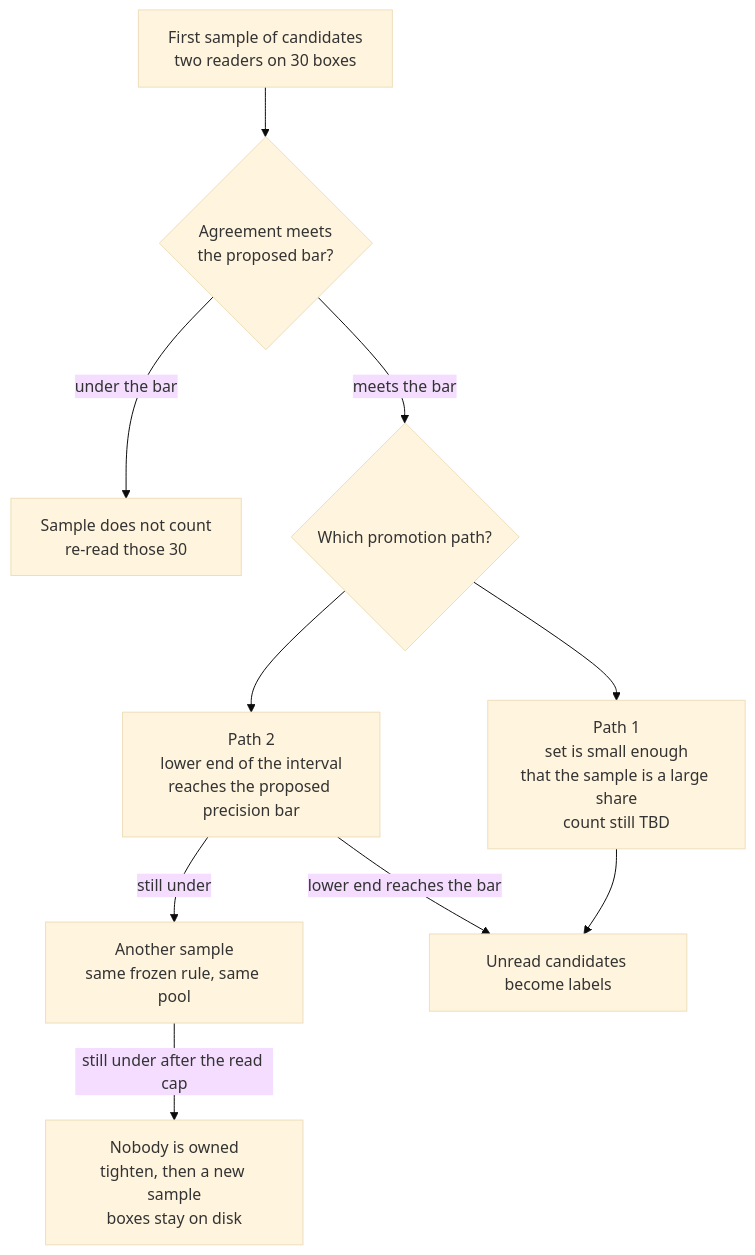
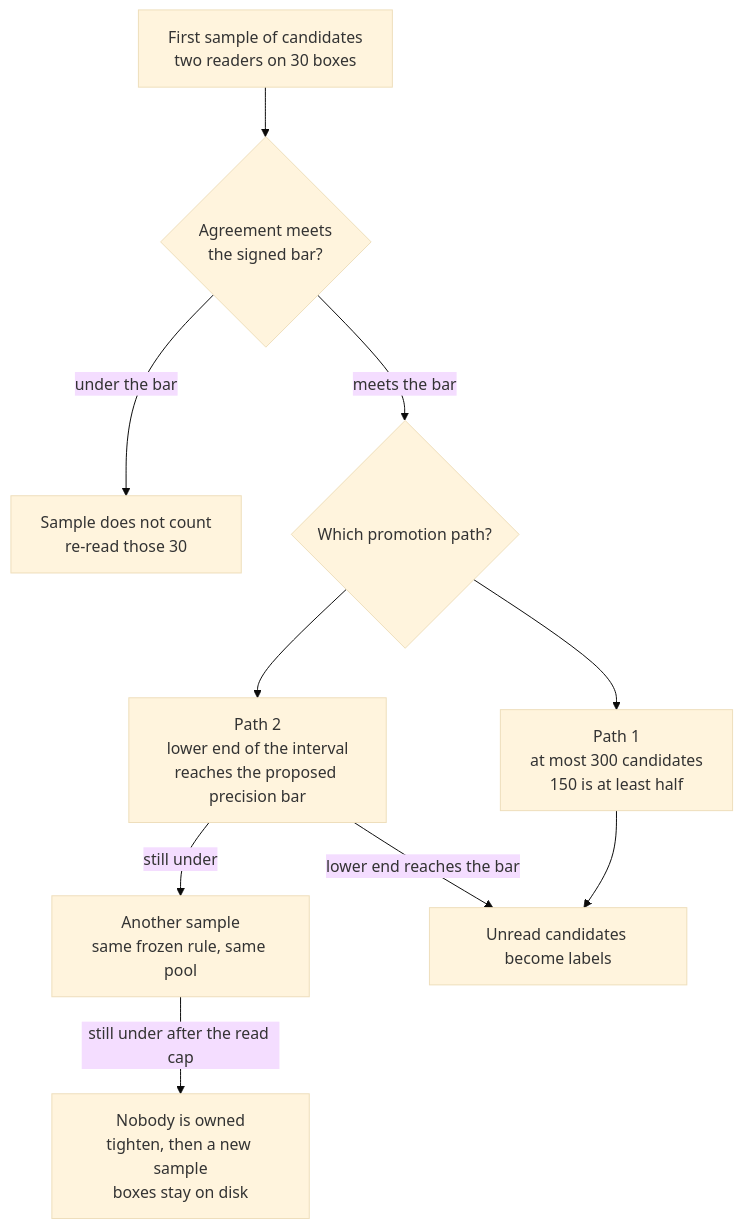
The second of 4 diagrams in conifervision/project/normal-forest-flow.md (kris1pl/ai-research-forestry), drawn with Mermaid (base theme) before and after one commit. The commit also changed other lines of this file and 18 other files, not shown here.

````diff
--- a/conifervision/project/normal-forest-flow.md
+++ b/conifervision/project/normal-forest-flow.md
@@ -87,12 +88,12 @@
 ```mermaid
 flowchart TD
-  read["First sample of candidates\ntwo readers on 30 boxes"] --> agree{"Agreement meets\nthe proposed bar?"}
+  read["First sample of candidates\ntwo readers on 30 boxes"] --> agree{"Agreement meets\nthe signed bar?"}
   agree -->|under the bar| reread["Sample does not count\nre-read those 30"]
   agree -->|meets the bar| path{"Which promotion path?"}
-  path --> small["Path 1\nset is small enough\nthat the sample is a large share\ncount still TBD"]
+  path --> small["Path 1\nat most 300 candidates\n150 is at least half"]
   path --> wilson["Path 2\nlower end of the interval\nreaches the proposed precision bar"]
   wilson -->|still under| more["Another sample\nsame frozen rule, same pool"]
   more -->|still under after the read cap| tighten["Nobody is owned\ntighten, then a new sample\nboxes stay on disk"]
   small --> labels["Unread candidates become labels"]
   wilson -->|lower end reaches the bar| labels
 ```
````
